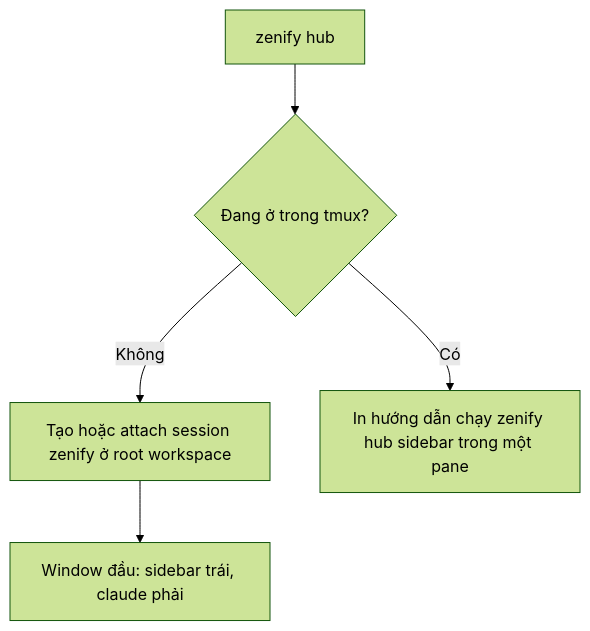
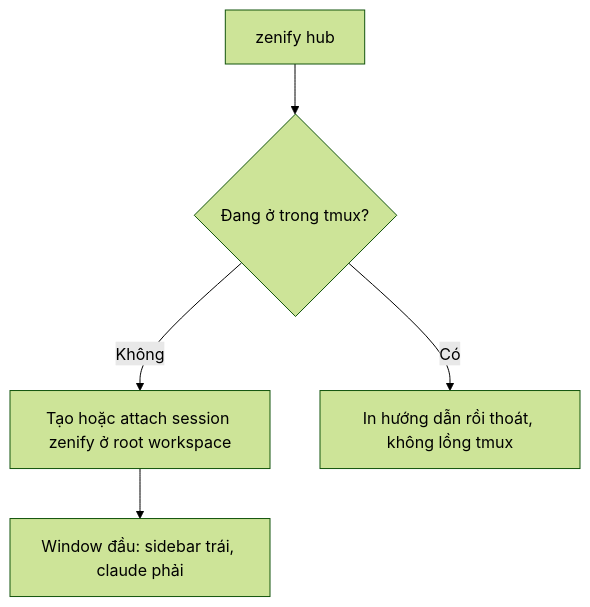
One commit to ZenifyAIContactCenter/zenify-kit changed the diagram in website/guides/hub.md. Above: the diagram before and after it, drawn with Mermaid (forest theme). The commit also changed other lines of this file and 16 other files, not shown here.

Commit message:
fix(hub): keep agents of other tmux servers, clean up failed windows, strict no-server detection

````diff
--- a/website/guides/hub.md
+++ b/website/guides/hub.md
@@ -26,7 +26,7 @@
 ```mermaid
 flowchart TD
   A["zenify hub"] --> B{"Đang ở trong tmux?"}
   B -- "Không" --> C["Tạo hoặc attach session zenify ở root workspace"]
-  B -- "Có" --> D["In hướng dẫn chạy zenify hub sidebar trong một pane"]
+  B -- "Có" --> D["In hướng dẫn rồi thoát, không lồng tmux"]
   C --> E["Window đầu: sidebar trái, claude phải"]
 ```
````
